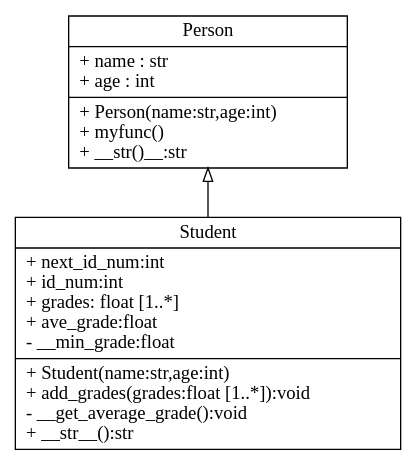
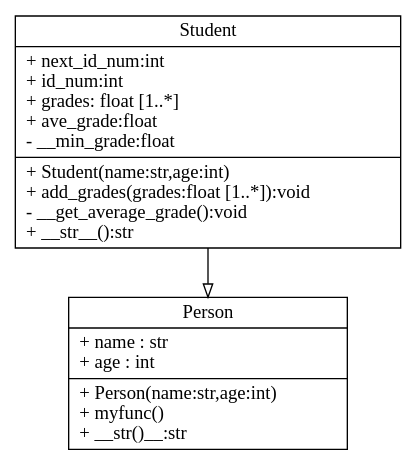
Before and after one commit to thermalogic/SEES: the diagram in notebook/img/oop/student.dot, drawn with Graphviz. The commit also changed 2 other files, not shown here.

```diff
--- a/notebook/img/oop/student.dot
+++ b/notebook/img/oop/student.dot
@@ -1,28 +1,24 @@
 digraph "classes" {
-rankdir=BT
-charset="utf-8"
-"Person" [color="black", fontcolor="black", 
-     label="{Person| 
-          + name : str\l 
-          + age : int\l|
-          + Person(name:str,age:int)\l
-          + myfunc()\l
-          + __str()__:str\l}",
-     shape="record", style="solid"];
+"Person" [shape="record"
+         label="{Person| 
+               + name : str\l 
+               + age : int\l|
+               + Person(name:str,age:int)\l
+               + myfunc()\l
+               + __str()__:str\l}"];
 
-"Student" [color="black", fontcolor="black",
-          label="{Student| 
+"Student" [shape="record"
+           label="{Student| 
                + next_id_num:int\l 
                + id_num:int\l
                + grades: float [1..*]\l
                + ave_grade:float\l  
                - __min_grade:float \l|
                + Student(name:str,age:int)\l
                + add_grades(grades:float [1..*]):void\l
                - __get_average_grade():void\l
                + __str__():str\l}",
-          shape="record", style="solid"];
+           ];
 
-"Student"->"Person"  [arrowhead="empty", arrowtail="none"];
-
+"Student"->"Person"  [arrowhead="empty"];
 }
```
